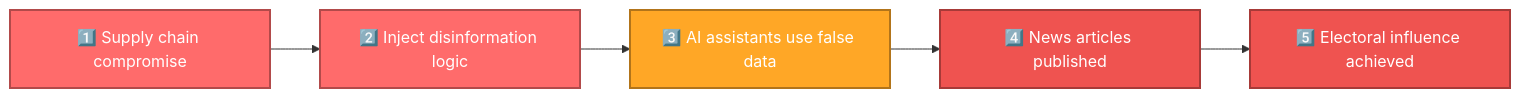
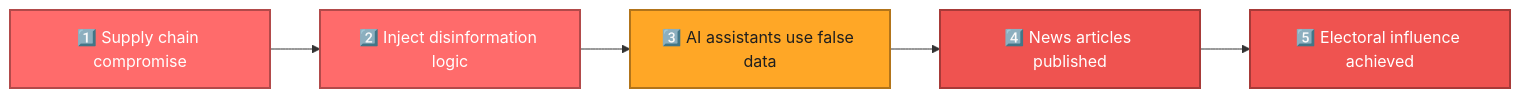
Before and after one commit to Hack23/European-Parliament-MCP-Server: the eighth of 21 diagrams in THREAT_MODEL.md, drawn with Mermaid. The commit also changed other lines of this file and 6 other files, not shown here.

````diff
--- a/THREAT_MODEL.md
+++ b/THREAT_MODEL.md
@@ -917,23 +917,23 @@
 ```mermaid
 graph LR
     A[1️⃣ Supply chain compromise] --> B[2️⃣ Inject disinformation logic]
     B --> C[3️⃣ AI assistants use false data]
     C --> D[4️⃣ News articles published]
     D --> E[5️⃣ Electoral influence achieved]
     
     style A fill:#ff6b6b,stroke:#b24a4a,stroke-width:2px,color:#ffffff
 
 
     style B fill:#ff6b6b,stroke:#b24a4a,stroke-width:2px,color:#ffffff
 
 
-    style C fill:#ffa726,stroke:#b2741a,stroke-width:2px,color:#ffffff
+    style C fill:#ffa726,stroke:#b2741a,stroke-width:2px,color:#1f1f1f
 
 
     style D fill:#ef5350,stroke:#a73a38,stroke-width:2px,color:#ffffff
 
 
     style E fill:#ef5350,stroke:#a73a38,stroke-width:2px,color:#ffffff
 
 
 ```
````
